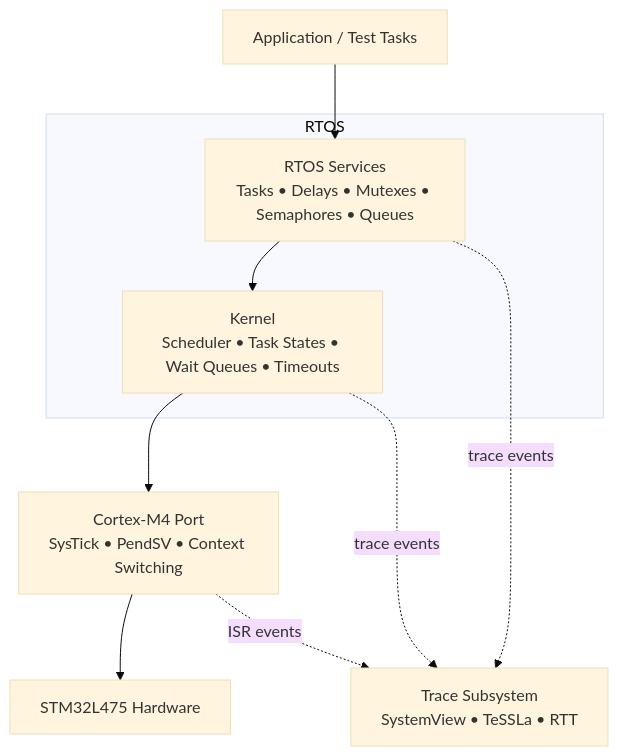
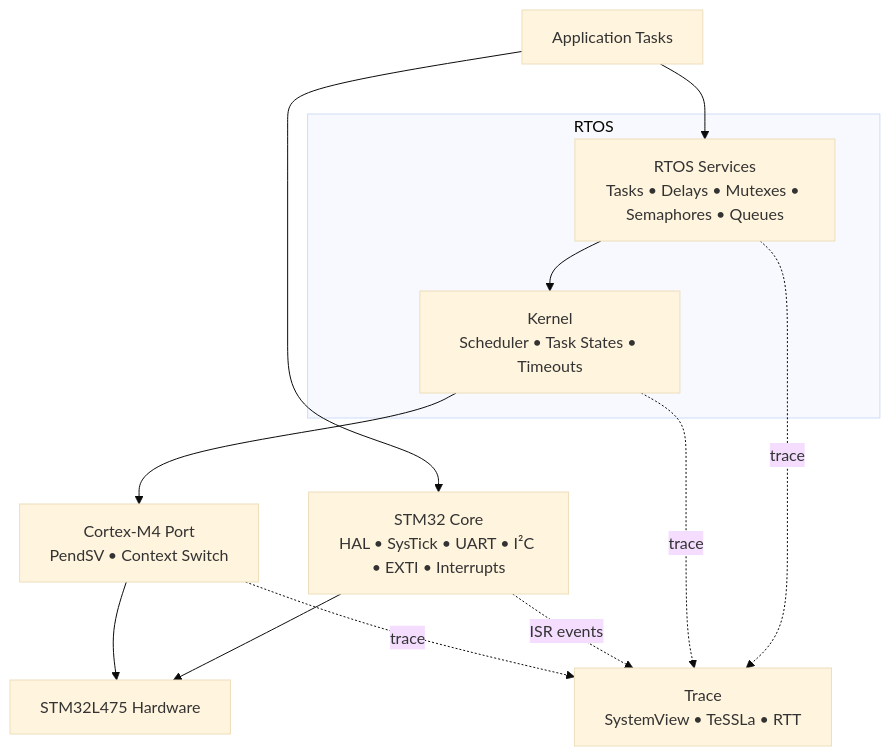
One commit to jerohavaz/RTOS changed the first of 6 diagrams in stm32l475-rtos/ARCHITECTURE.md. Above: the diagram before and after it, drawn with Mermaid (base theme).

Commit message:
docs: split core and port in overall architecture diagramm

````diff
--- a/stm32l475-rtos/ARCHITECTURE.md
+++ b/stm32l475-rtos/ARCHITECTURE.md
@@ -18,24 +18,30 @@
 ```mermaid
 flowchart TB
-    APP["Application / Test Tasks"]
+    APP["Application Tasks"]
 
     subgraph RTOS["RTOS"]
         SERVICES["RTOS Services<br/>Tasks • Delays • Mutexes • Semaphores • Queues"]
-        KERNEL["Kernel<br/>Scheduler • Task States • Wait Queues • Timeouts"]
+        KERNEL["Kernel<br/>Scheduler • Task States • Timeouts"]
     end
 
-    PORT["Cortex-M4 Port<br/>SysTick • PendSV • Context Switching"]
+    CORE["STM32 Core<br/>HAL • SysTick • UART • I²C • EXTI • Interrupts"]
 
-    TRACE["Trace Subsystem<br/>SystemView • TeSSLa • RTT"]
+    PORT["Cortex-M4 Port<br/>PendSV • Context Switch"]
+
+    TRACE["Trace<br/>SystemView • TeSSLa • RTT"]
 
     HW["STM32L475 Hardware"]
 
     APP --> SERVICES
     SERVICES --> KERNEL
     KERNEL --> PORT
+
+    APP --> CORE
+    CORE --> HW
     PORT --> HW
 
-    SERVICES -. trace events .-> TRACE
-    KERNEL -. trace events .-> TRACE
-    PORT -. ISR events .-> TRACE
+    SERVICES -. trace .-> TRACE
+    KERNEL -. trace .-> TRACE
+    CORE -. ISR events .-> TRACE
+    PORT -. trace .-> TRACE
 ```
````
